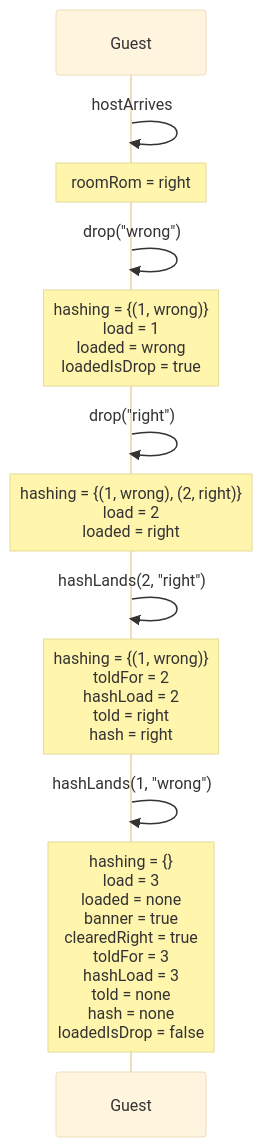
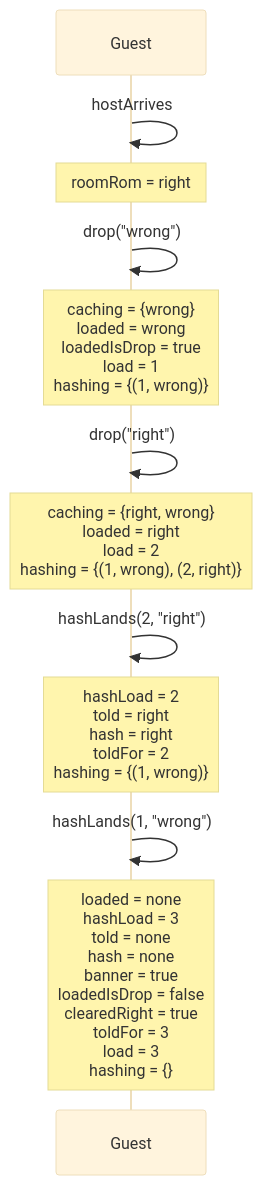
Before and after one commit to kwilson21/kaillera-next: diagram 19 of 27 in docs/spec-traces.md, drawn with Mermaid (base theme). The commit also changed other lines of this file and 11 other files, not shown here.

````diff
--- a/docs/spec-traces.md
+++ b/docs/spec-traces.md
@@ -547,14 +547,14 @@
 ```mermaid
 sequenceDiagram
   participant Guest
   Guest->>Guest: hostArrives
   Note over Guest: roomRom = right
   Guest->>Guest: drop("wrong")
-  Note over Guest: hashing = {(1, wrong)}<br/>load = 1<br/>loaded = wrong<br/>loadedIsDrop = true
+  Note over Guest: caching = {wrong}<br/>loaded = wrong<br/>loadedIsDrop = true<br/>load = 1<br/>hashing = {(1, wrong)}
   Guest->>Guest: drop("right")
-  Note over Guest: hashing = {(1, wrong), (2, right)}<br/>load = 2<br/>loaded = right
+  Note over Guest: caching = {right, wrong}<br/>loaded = right<br/>load = 2<br/>hashing = {(1, wrong), (2, right)}
   Guest->>Guest: hashLands(2, "right")
-  Note over Guest: hashing = {(1, wrong)}<br/>toldFor = 2<br/>hashLoad = 2<br/>told = right<br/>hash = right
+  Note over Guest: hashLoad = 2<br/>told = right<br/>hash = right<br/>toldFor = 2<br/>hashing = {(1, wrong)}
   Guest->>Guest: hashLands(1, "wrong")
-  Note over Guest: hashing = {}<br/>load = 3<br/>loaded = none<br/>banner = true<br/>clearedRight = true<br/>toldFor = 3<br/>hashLoad = 3<br/>told = none<br/>hash = none<br/>loadedIsDrop = false
+  Note over Guest: loaded = none<br/>hashLoad = 3<br/>told = none<br/>hash = none<br/>banner = true<br/>loadedIsDrop = false<br/>clearedRight = true<br/>toldFor = 3<br/>load = 3<br/>hashing = {}
 ```
````
